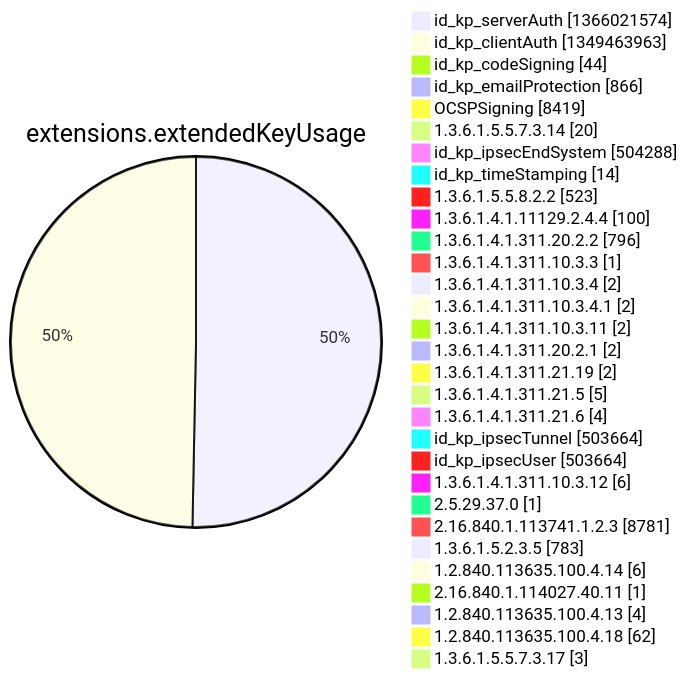
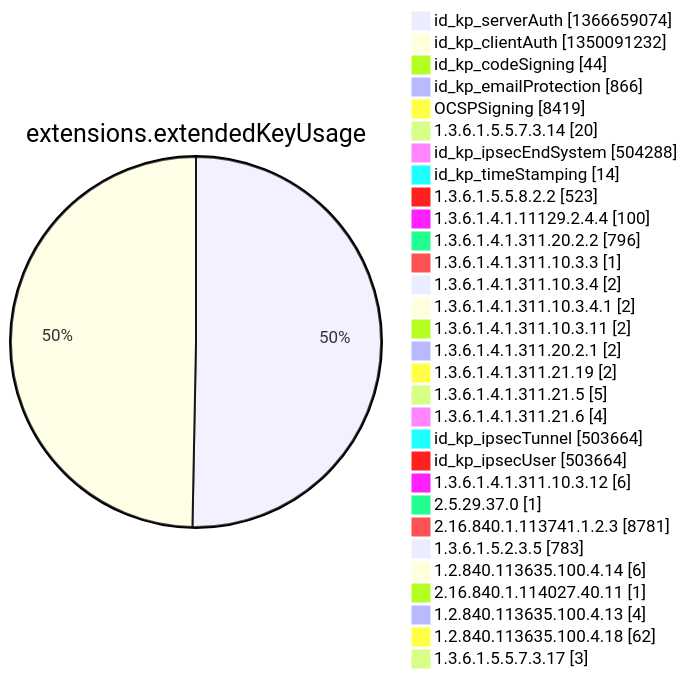
Diagram 12 of 15 in argon2022/README.md (christiankrug/ctmonitor_visualization), drawn with Mermaid before and after one commit. The commit also changed other lines of this file, not shown here.

````diff
--- a/argon2022/README.md
+++ b/argon2022/README.md
@@ -3553,34 +3553,34 @@
 ```mermaid
 pie showData
 title extensions.extendedKeyUsage
-"id_kp_serverAuth" :1366021574
-"id_kp_clientAuth" :1349463963
+"id_kp_serverAuth" :1366659074
+"id_kp_clientAuth" :1350091232
 "id_kp_codeSigning" :44
 "id_kp_emailProtection" :866
 "OCSPSigning" :8419
 "1.3.6.1.5.5.7.3.14" :20
 "id_kp_ipsecEndSystem" :504288
 "id_kp_timeStamping" :14
 "1.3.6.1.5.5.8.2.2" :523
 "1.3.6.1.4.1.11129.2.4.4" :100
 "1.3.6.1.4.1.311.20.2.2" :796
 "1.3.6.1.4.1.311.10.3.3" :1
 "1.3.6.1.4.1.311.10.3.4" :2
 "1.3.6.1.4.1.311.10.3.4.1" :2
 "1.3.6.1.4.1.311.10.3.11" :2
 "1.3.6.1.4.1.311.20.2.1" :2
 "1.3.6.1.4.1.311.21.19" :2
 "1.3.6.1.4.1.311.21.5" :5
 "1.3.6.1.4.1.311.21.6" :4
 "id_kp_ipsecTunnel" :503664
 "id_kp_ipsecUser" :503664
 "1.3.6.1.4.1.311.10.3.12" :6
 "2.5.29.37.0" :1
 "2.16.840.1.113741.1.2.3" :8781
 "1.3.6.1.5.2.3.5" :783
 "1.2.840.113635.100.4.14" :6
 "2.16.840.1.114027.40.11" :1
 "1.2.840.113635.100.4.13" :4
 "1.2.840.113635.100.4.18" :62
 "1.3.6.1.5.5.7.3.17" :3
 ```
````
